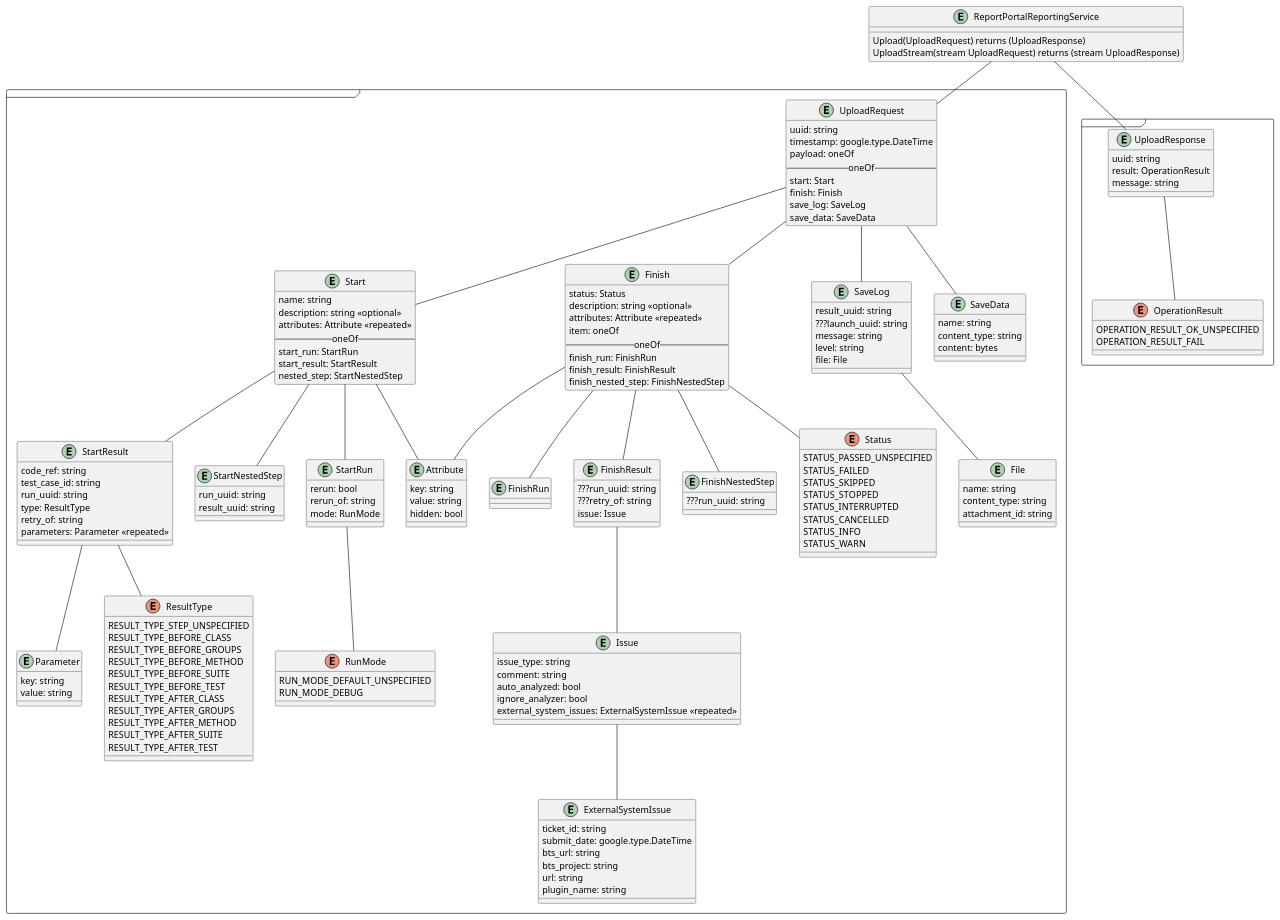
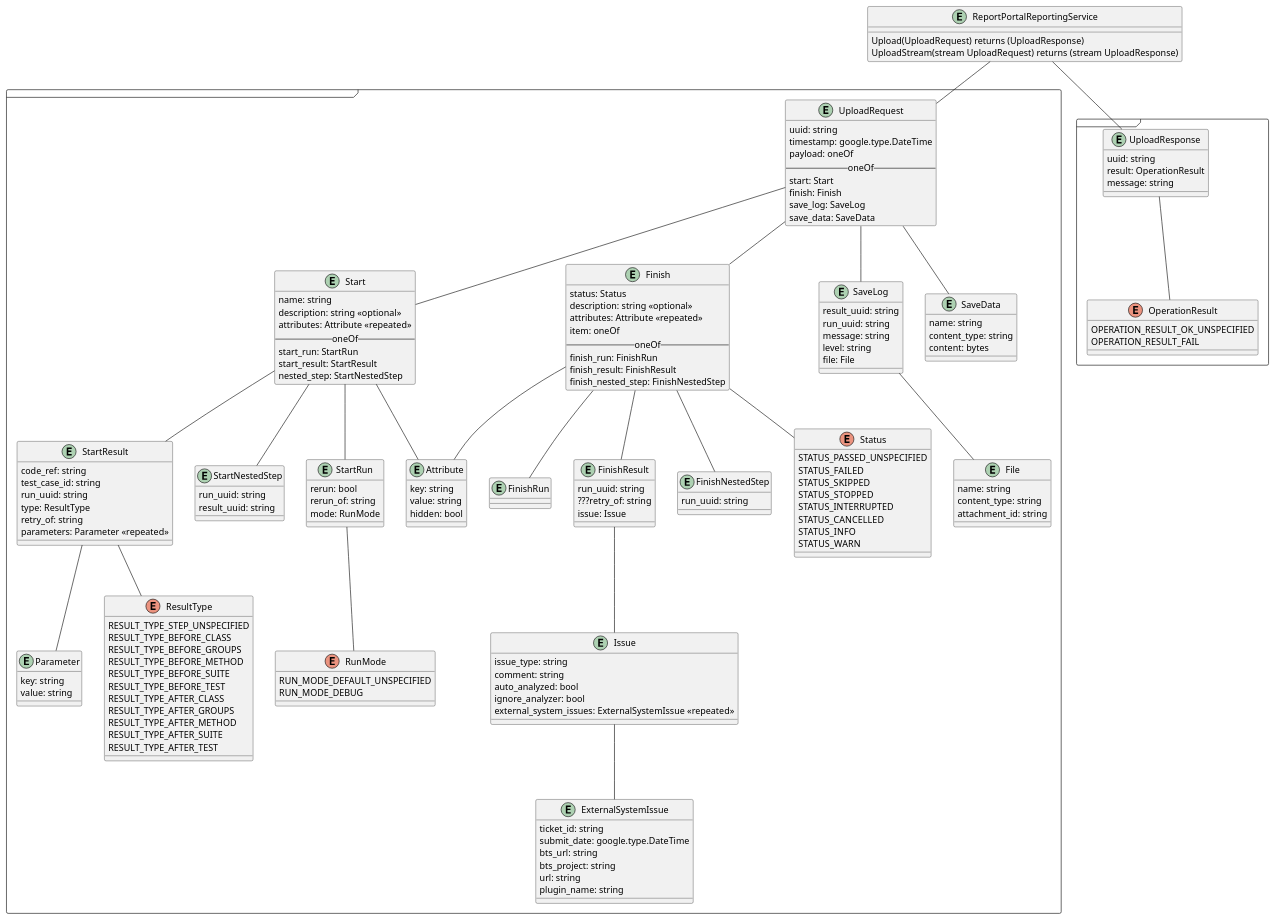
The diagram in docs/model.puml (reportportal/api-registry), drawn with PlantUML before and after one commit.

Commit message:
Update model

```diff
--- a/docs/model.puml
+++ b/docs/model.puml
@@ -1,197 +1,197 @@
 @startuml
 
 Entity ReportPortalReportingService {
   Upload(UploadRequest) returns (UploadResponse)
   UploadStream(stream UploadRequest) returns (stream UploadResponse)
 }
 
 Frame {
   Entity UploadRequest {
     uuid: string
     timestamp: google.type.DateTime
     payload: oneOf
     --oneOf--
     start: Start
     finish: Finish
     save_log: SaveLog
     save_data: SaveData
   }
 
   Entity Start {
     name: string
     description: string <<optional>>
     attributes: Attribute <<repeated>>
     --oneOf--
     start_run: StartRun
     start_result: StartResult
     nested_step: StartNestedStep
   }
 
   Entity StartResult {
     code_ref: string
     test_case_id: string
     run_uuid: string
     type: ResultType
     retry_of: string
     parameters: Parameter <<repeated>>
   }
 
   Entity StartNestedStep {
     run_uuid: string
     result_uuid: string
   }
 
   Entity StartRun {
     rerun: bool
     rerun_of: string
     mode: RunMode
   }
 
   Entity Finish {
     status: Status
     description: string <<optional>>
     attributes: Attribute <<repeated>>
     item: oneOf
     --oneOf--
     finish_run: FinishRun
     finish_result: FinishResult
     finish_nested_step: FinishNestedStep
   }
 
   Entity FinishRun {}
 
   Entity FinishResult {
-    ???run_uuid: string
+    run_uuid: string
     ???retry_of: string
     issue: Issue
   }
 
   Entity FinishNestedStep {
-    ???run_uuid: string
+    run_uuid: string
   }
 
   Entity Issue {
     issue_type: string
     comment: string
     auto_analyzed: bool
     ignore_analyzer: bool
     external_system_issues: ExternalSystemIssue <<repeated>>
   }
 
   Entity ExternalSystemIssue {
     ticket_id: string
     submit_date: google.type.DateTime
     bts_url: string
     bts_project: string
     url: string
     plugin_name: string
   }
 
   Entity SaveLog {
     result_uuid: string
-    ???launch_uuid: string
+    run_uuid: string
     message: string
     level: string
     file: File
   }
 
   Entity File {
     name: string
     content_type: string
     attachment_id: string
   }
 
   Entity SaveData {
     name: string
     content_type: string
     content: bytes
   }
 
   Entity Attribute {
     key: string
     value: string
     hidden: bool
   }
 
   Entity Parameter {
     key: string
     value: string
   }
 
   enum ResultType {
     RESULT_TYPE_STEP_UNSPECIFIED
     RESULT_TYPE_BEFORE_CLASS
     RESULT_TYPE_BEFORE_GROUPS
     RESULT_TYPE_BEFORE_METHOD
     RESULT_TYPE_BEFORE_SUITE
     RESULT_TYPE_BEFORE_TEST
     RESULT_TYPE_AFTER_CLASS
     RESULT_TYPE_AFTER_GROUPS
     RESULT_TYPE_AFTER_METHOD
     RESULT_TYPE_AFTER_SUITE
     RESULT_TYPE_AFTER_TEST
   }
 
   enum Status {
     STATUS_PASSED_UNSPECIFIED
     STATUS_FAILED
     STATUS_SKIPPED
     STATUS_STOPPED
     STATUS_INTERRUPTED
     STATUS_CANCELLED
     STATUS_INFO
     STATUS_WARN
   }
 
   enum RunMode {
     RUN_MODE_DEFAULT_UNSPECIFIED
     RUN_MODE_DEBUG
   }
 }
 
 Frame {
   Entity UploadResponse {
     uuid: string
     result: OperationResult
     message: string
   }
 
   enum OperationResult {
     OPERATION_RESULT_OK_UNSPECIFIED
     OPERATION_RESULT_FAIL
   }
 }
 
 ReportPortalReportingService -- UploadRequest
 ReportPortalReportingService -- UploadResponse
 
 UploadRequest -- Start
 UploadRequest -- Finish
 UploadRequest -- SaveLog
 UploadRequest -- SaveData
 
 Start -- StartRun
 Start -- StartResult
 Start -- StartNestedStep
 Start -- Attribute
 
 StartRun -- RunMode
 
 StartResult -- Parameter
 StartResult -- ResultType
 
 Finish -- FinishRun
 Finish -- FinishResult
 Finish -- FinishNestedStep
 Finish -- Status
 Finish -- Attribute
 
 FinishResult -- Issue
 
 Issue -- ExternalSystemIssue
 
 SaveLog -- File
 
 UploadResponse -- OperationResult
 
 @enduml
```
